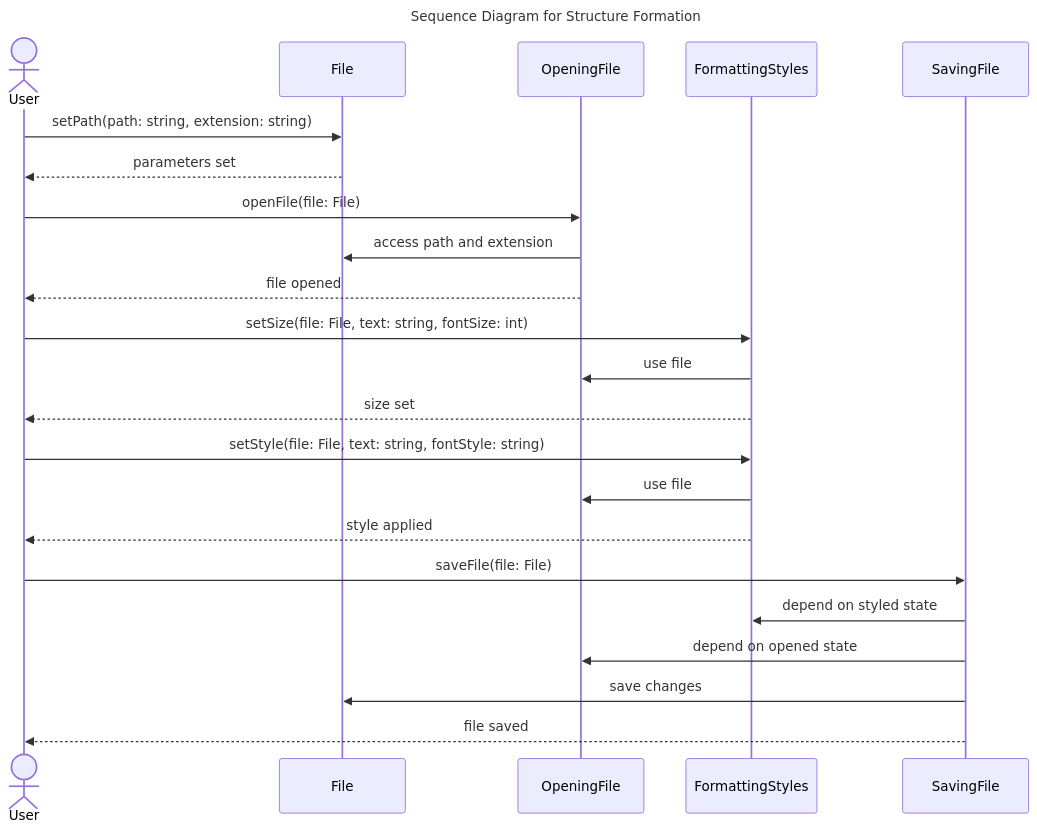
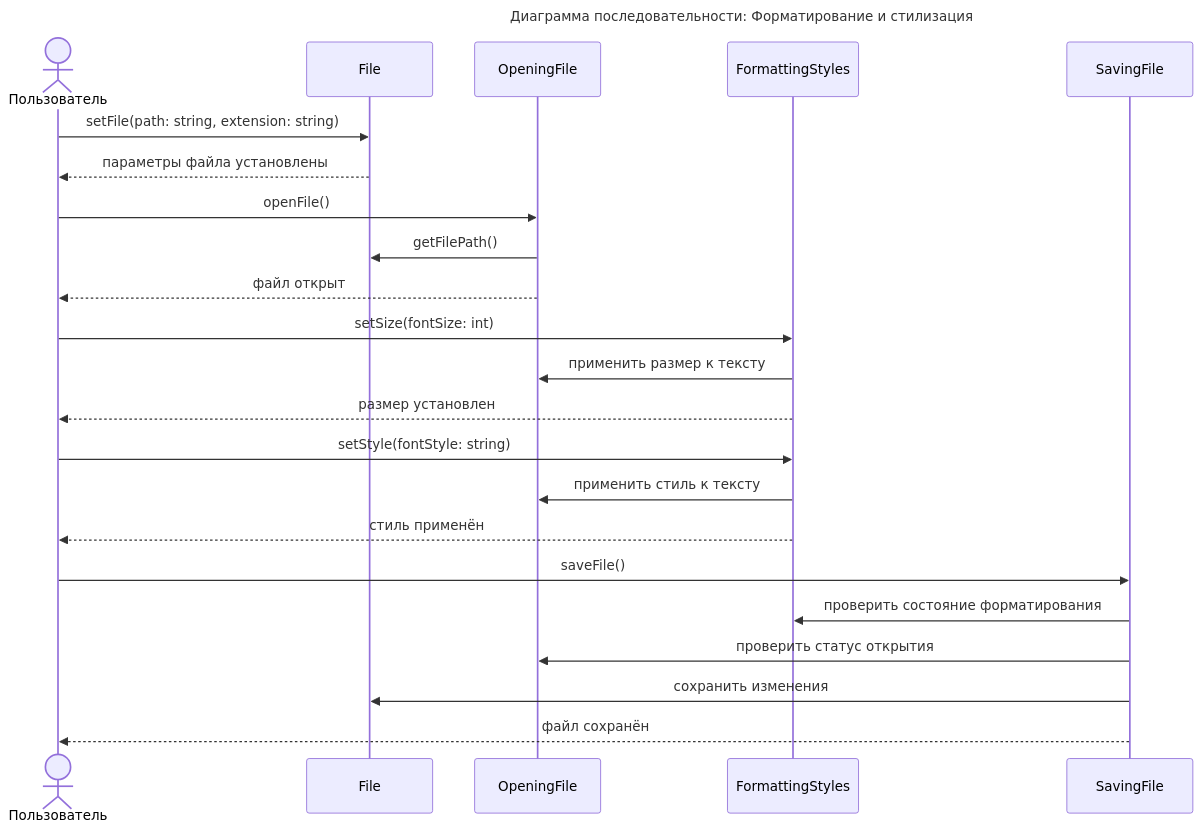
One commit to penamarth/bsbo-16-23_team5_var11_textedit changed the diagram in Документация/Преценденты/Форматирование и стилизация/Диаграмма последовательности Форматирование и стилизация.md. Above: the diagram before and after it, drawn with Mermaid.

Commit message:
Update Диаграмма последовательности для форматирования и стилизации

````diff
--- a/Документация/Преценденты/Форматирование и стилизация/Диаграмма последовательности Форматирование и стилизация.md
+++ b/Документация/Преценденты/Форматирование и стилизация/Диаграмма последовательности Форматирование и стилизация.md
@@ -3,30 +3,30 @@
 ```mermaid
 sequenceDiagram
-    title Sequence Diagram for Structure Formation
-    actor User
+    title Диаграмма последовательности: Форматирование и стилизация
+    actor Пользователь
     participant File
     participant OpeningFile
     participant FormattingStyles
     participant SavingFile
 
-    User ->> File: setPath(path: string, extension: string)
-    File -->> User: parameters set
+    Пользователь ->> File: setFile(path: string, extension: string)
+    File -->> Пользователь: параметры файла установлены
 
-    User ->> OpeningFile: openFile(file: File)
-    OpeningFile ->> File: access path and extension
-    OpeningFile -->> User: file opened
+    Пользователь ->> OpeningFile: openFile()
+    OpeningFile ->> File: getFilePath()
+    OpeningFile -->> Пользователь: файл открыт
 
-    User ->> FormattingStyles: setSize(file: File, text: string, fontSize: int)
-    FormattingStyles ->> OpeningFile: use file
-    FormattingStyles -->> User: size set
+    Пользователь ->> FormattingStyles: setSize(fontSize: int)
+    FormattingStyles ->> OpeningFile: применить размер к тексту
+    FormattingStyles -->> Пользователь: размер установлен
 
-    User ->> FormattingStyles: setStyle(file: File, text: string, fontStyle: string)
-    FormattingStyles ->> OpeningFile: use file
-    FormattingStyles -->> User: style applied
+    Пользователь ->> FormattingStyles: setStyle(fontStyle: string)
+    FormattingStyles ->> OpeningFile: применить стиль к тексту
+    FormattingStyles -->> Пользователь: стиль применён
 
-    User ->> SavingFile: saveFile(file: File)
-    SavingFile ->> FormattingStyles: depend on styled state
-    SavingFile ->> OpeningFile: depend on opened state
-    SavingFile ->> File: save changes
-    SavingFile -->> User: file saved
+    Пользователь ->> SavingFile: saveFile()
+    SavingFile ->> FormattingStyles: проверить состояние форматирования
+    SavingFile ->> OpeningFile: проверить статус открытия
+    SavingFile ->> File: сохранить изменения
+    SavingFile -->> Пользователь: файл сохранён
 ```
````
